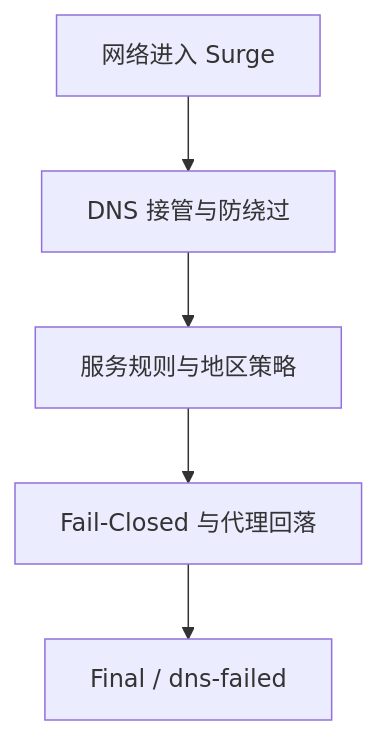
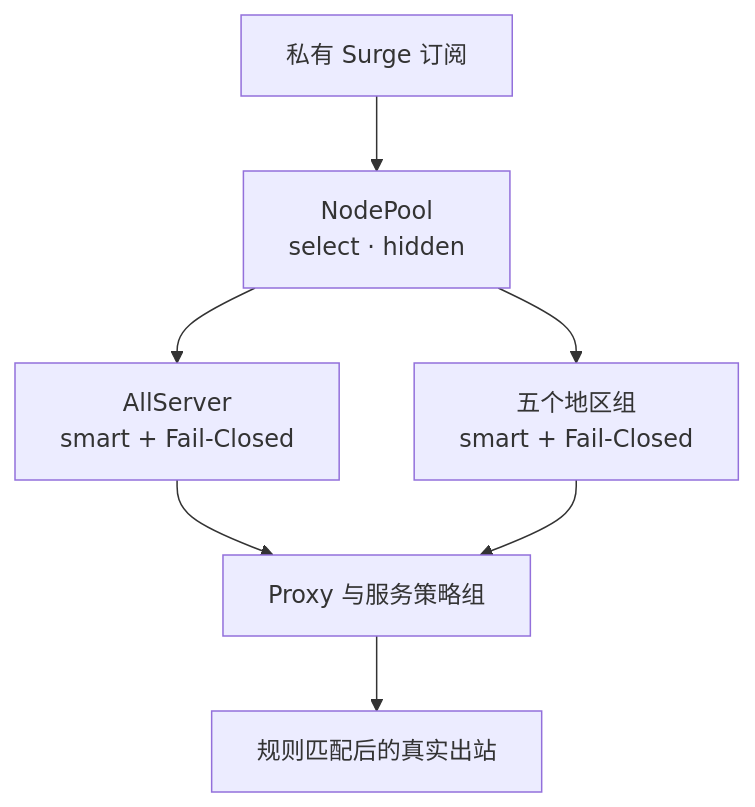
The diagram in README.md (shenjlngbIng/surge), drawn with Mermaid before and after one commit. The commit also changed other lines of this file and 8 other files, not shown here.

````diff
--- a/README.md
+++ b/README.md
@@ -37,7 +85,9 @@
-```mermaid
+~~~mermaid
 flowchart TD
-    A["网络进入 Surge"] --> B["DNS 接管与防绕过"]
-    B --> C["服务规则与地区策略"]
-    C --> D["Fail-Closed 与代理回落"]
-    D --> E["Final / dns-failed"]
-```
+    A["私有 Surge 订阅"] --> B["NodePool<br/>select · hidden"]
+    B --> C["AllServer<br/>smart + Fail-Closed"]
+    B --> D["五个地区组<br/>smart + Fail-Closed"]
+    C --> E["Proxy 与服务策略组"]
+    D --> E
+    E --> F["规则匹配后的真实出站"]
+~~~
````
